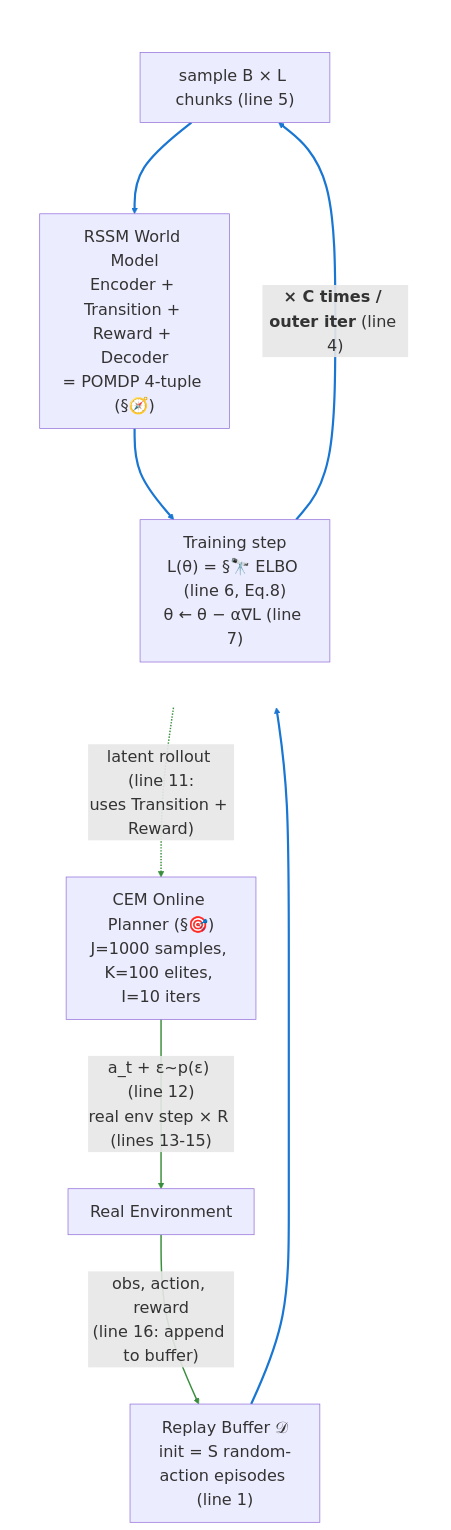
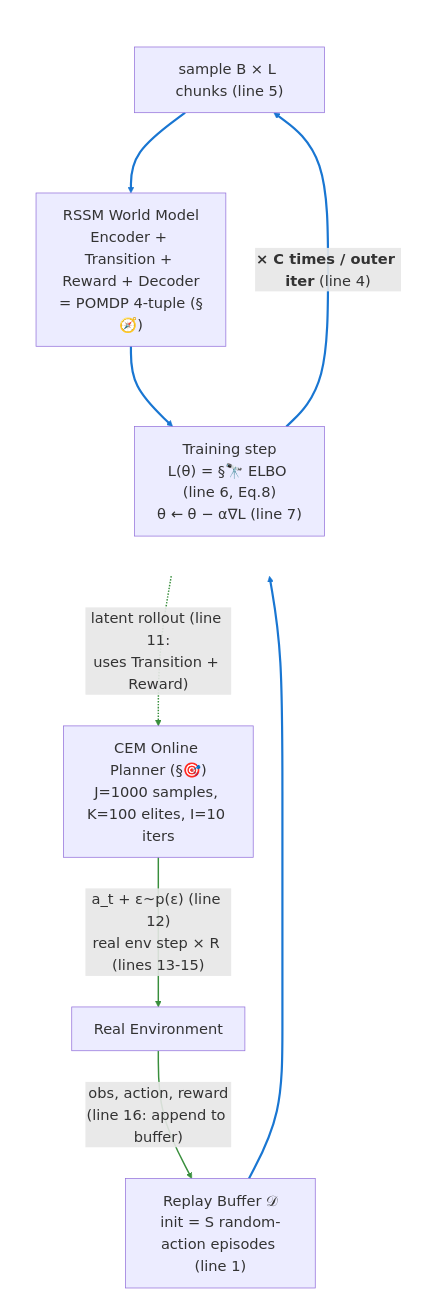
One commit to jinxinzhou/world-model-study changed the seventh of 7 diagrams in World-Model-Study-Notes.md. Above: the diagram before and after it, drawn with Mermaid. The commit also changed 1 other file, not shown here.

Commit message:
docs: dial back mermaid size to fontSize 20, rankSpacing 85

````diff
--- a/World-Model-Study-Notes.md
+++ b/World-Model-Study-Notes.md
@@ -2168,33 +2168,33 @@
 ```mermaid
-%%{init: {'themeVariables': {'fontSize': '22px'}, 'flowchart': {'nodeSpacing': 70, 'rankSpacing': 100}}}%%
+%%{init: {'themeVariables': {'fontSize': '20px'}, 'flowchart': {'nodeSpacing': 60, 'rankSpacing': 85}}}%%
 flowchart TD
     Env["Real Environment"]
     Buffer["Replay Buffer 𝒟<br/>init = S random-action episodes (line 1)"]
 
     subgraph A_phase [" "]
         direction TB
         Sample["sample B × L chunks (line 5)"]
         RSSM["RSSM World Model<br/>Encoder + Transition + Reward + Decoder<br/>= POMDP 4-tuple (§🧭)"]
         Train["Training step<br/>L(θ) = §🔭 ELBO (line 6, Eq.8)<br/>θ ← θ − α∇L (line 7)"]
         Train -->|"<b>× C times / outer iter</b> (line 4)"| Sample
         Sample --> RSSM
         RSSM --> Train
     end
 
     CEM["CEM Online Planner (§🎯)<br/>J=1000 samples, K=100 elites, I=10 iters"]
 
     Env -->|"obs, action, reward<br/>(line 16: append to buffer)"| Buffer
     Buffer --> Sample
     RSSM -.->|"latent rollout (line 11:<br/>uses Transition + Reward)"| CEM
     CEM -->|"a_t + ε~p(ε) (line 12)<br/>real env step × R (lines 13-15)"| Env
 
     style A_phase fill:transparent,stroke:transparent
 
     linkStyle 0 stroke:#1976d2,stroke-width:3px
     linkStyle 1 stroke:#1976d2,stroke-width:3px
     linkStyle 2 stroke:#1976d2,stroke-width:3px
     linkStyle 3 stroke:#388e3c,stroke-width:2px
     linkStyle 4 stroke:#1976d2,stroke-width:3px
     linkStyle 5 stroke:#388e3c,stroke-width:2px
     linkStyle 6 stroke:#388e3c,stroke-width:2px
 ```
````
